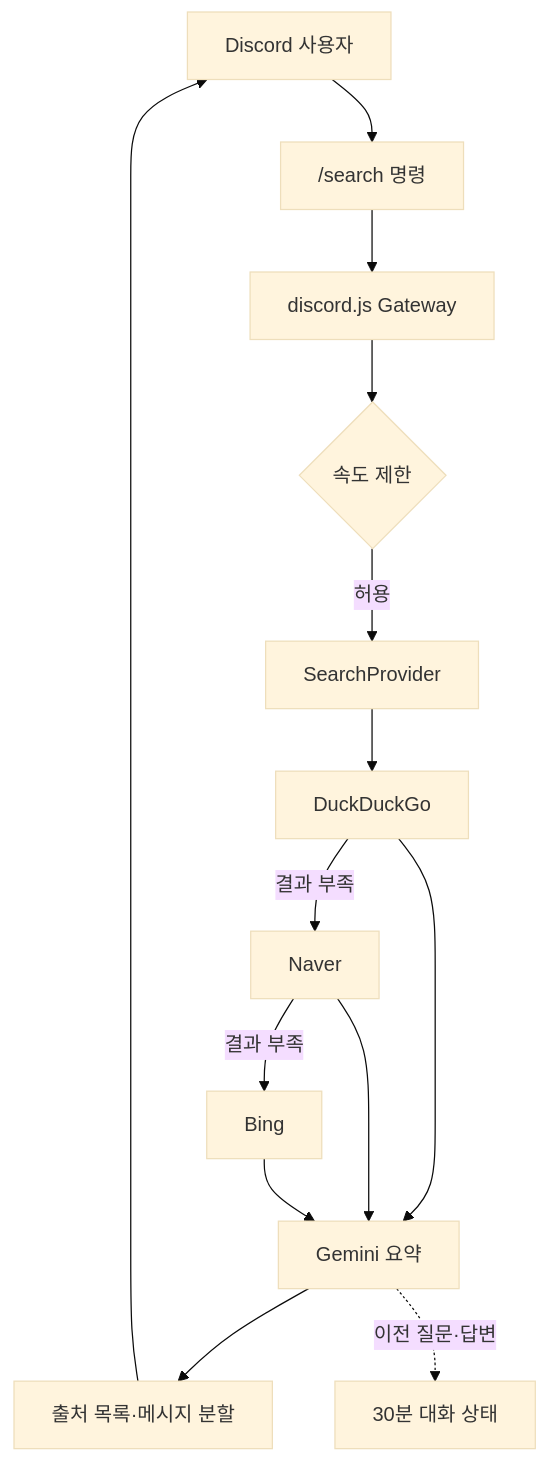
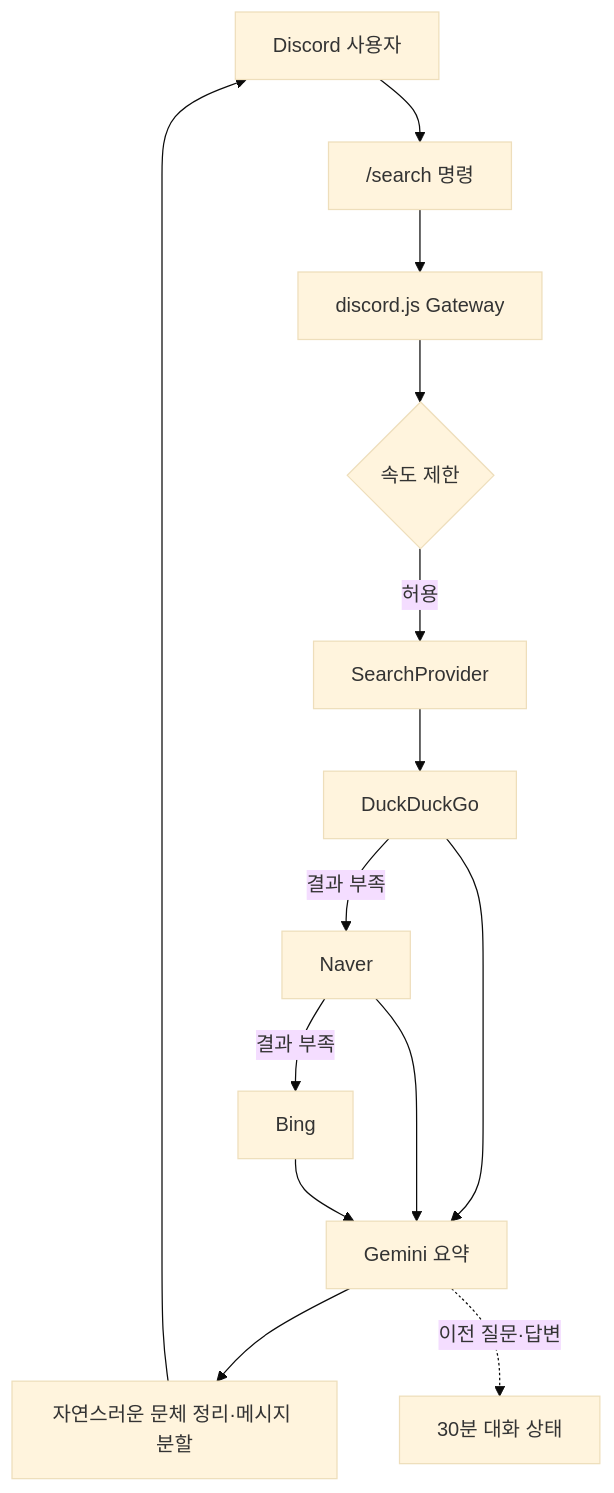
One commit to ymkzz123/discord-bot-boodae changed the diagram in README.md. Above: the diagram before and after it, drawn with Mermaid (base theme). The commit also changed other lines of this file and 13 other files, not shown here.

````diff
--- a/README.md
+++ b/README.md
@@ -36,16 +36,16 @@
 ```mermaid
 flowchart TD
     U["Discord 사용자"] --> C["/search 명령"]
     C --> G["discord.js Gateway"]
     G --> L{"속도 제한"}
     L -->|허용| P["SearchProvider"]
     P --> D["DuckDuckGo"]
     D -->|결과 부족| N["Naver"]
     N -->|결과 부족| B["Bing"]
     D --> M["Gemini 요약"]
     N --> M
     B --> M
-    M --> F["출처 목록·메시지 분할"]
+    M --> F["자연스러운 문체 정리·메시지 분할"]
     F --> U
     M -. 이전 질문·답변 .-> S["30분 대화 상태"]
 ```
````
